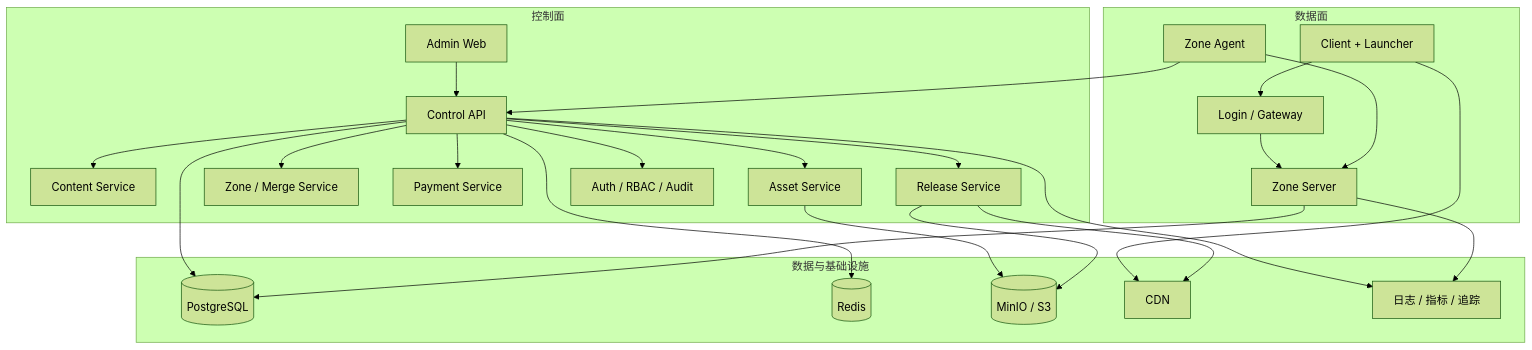
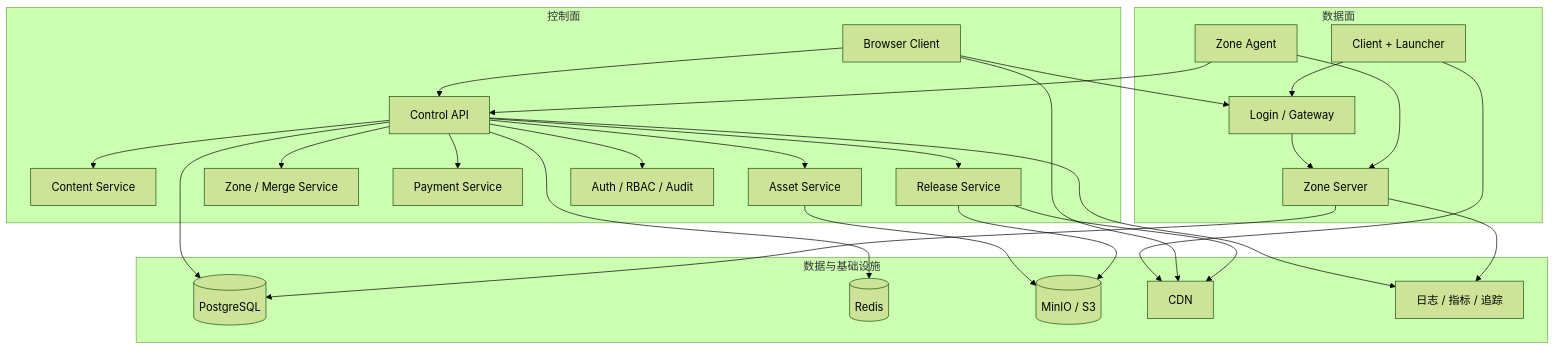
Before and after one commit to bitallin/Crystal_Mir: the diagram in docs/architecture/01-system-overview.md, drawn with Mermaid (forest theme). The commit also changed other lines of this file and 110 other files, not shown here.

````diff
--- a/docs/architecture/01-system-overview.md
+++ b/docs/architecture/01-system-overview.md
@@ -20,49 +20,52 @@
 ```mermaid
 flowchart TB
     subgraph CP[控制面]
         WEB[Admin Web]
         API[Control API]
         CONTENT[Content Service]
         RELEASE[Release Service]
         OPS[Zone / Merge Service]
         PAY[Payment Service]
         ASSET[Asset Service]
         AUTH[Auth / RBAC / Audit]
         WEB --> API
         API --> CONTENT
         API --> RELEASE
         API --> OPS
         API --> PAY
         API --> ASSET
         API --> AUTH
     end
 
     subgraph STORE[数据与基础设施]
         PG[(PostgreSQL)]
         REDIS[(Redis)]
         S3[(MinIO / S3)]
         CDN[CDN]
         OBS[日志 / 指标 / 追踪]
     end
 
     subgraph DP[数据面]
         GW[Login / Gateway]
         AGENT[Zone Agent]
         ZONE[Zone Server]
         CLIENT[Client + Launcher]
+        WEB[Browser Client]
         GW --> ZONE
         AGENT --> ZONE
         CLIENT --> GW
+        WEB --> GW
         CLIENT --> CDN
+        WEB --> CDN
     end
 
     API --> PG
     API --> REDIS
     ASSET --> S3
     RELEASE --> S3
     RELEASE --> CDN
     AGENT --> API
     ZONE --> PG
     API --> OBS
     ZONE --> OBS
 ```
````
